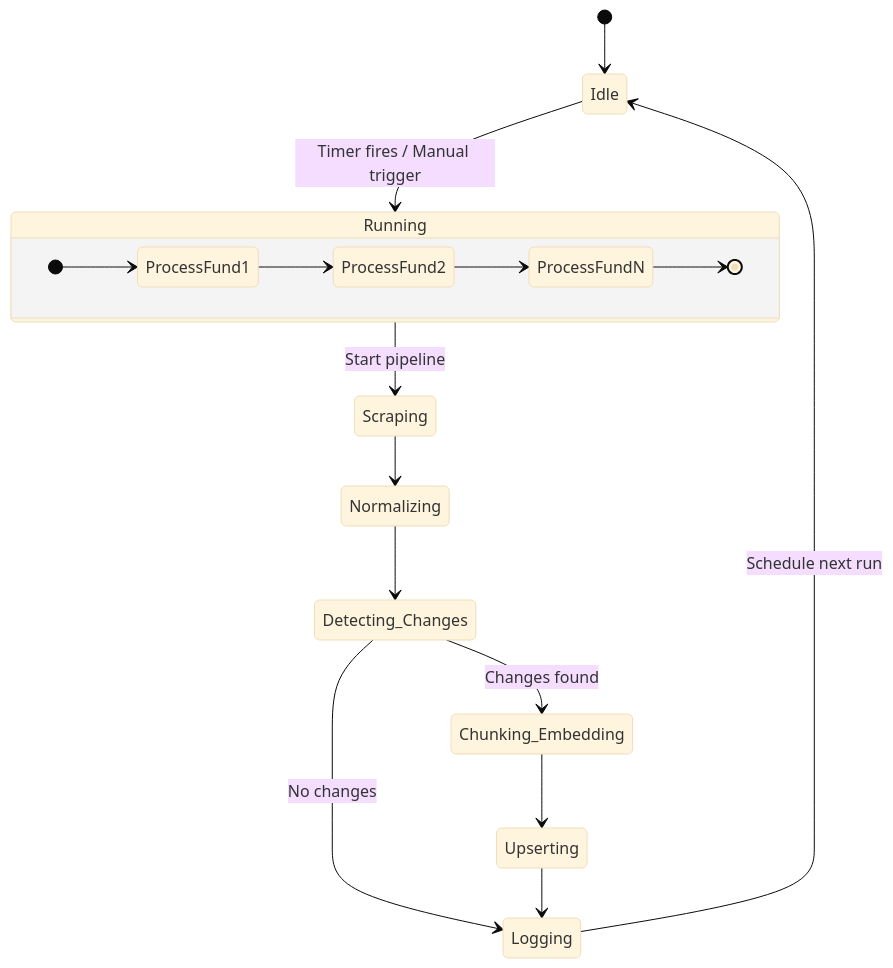
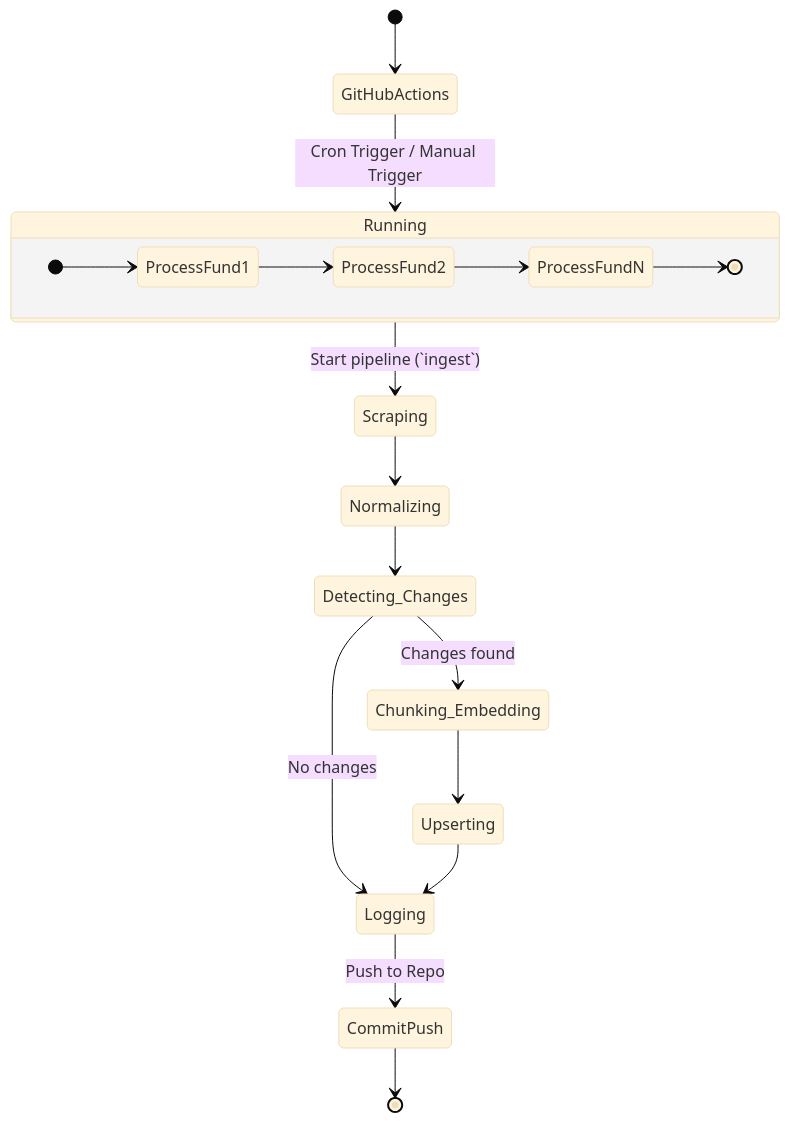
The fifth of 9 diagrams in docs/Architecture.md (Pranjalian/RAG_UC), drawn with Mermaid (base theme) before and after one commit. The commit also changed other lines of this file and 2 other files, not shown here.

Commit message:
docs: Update scheduler details to use GitHub Actions

````diff
--- a/docs/Architecture.md
+++ b/docs/Architecture.md
@@ -851,21 +851,22 @@
 ```mermaid
 stateDiagram-v2
-    [*] --> Idle
-    Idle --> Running: Timer fires / Manual trigger
-    Running --> Scraping: Start pipeline
+    [*] --> GitHubActions
+    GitHubActions --> Running: Cron Trigger / Manual Trigger
+    Running --> Scraping: Start pipeline (`ingest`)
     Scraping --> Normalizing
     Normalizing --> Detecting_Changes
     Detecting_Changes --> Chunking_Embedding: Changes found
     Detecting_Changes --> Logging: No changes
     Chunking_Embedding --> Upserting
     Upserting --> Logging
-    Logging --> Idle: Schedule next run
+    Logging --> CommitPush: Push to Repo
+    CommitPush --> [*]
 
     state Running {
         direction LR
         [*] --> ProcessFund1
         ProcessFund1 --> ProcessFund2
         ProcessFund2 --> ProcessFundN
         ProcessFundN --> [*]
     }
 ```
````
